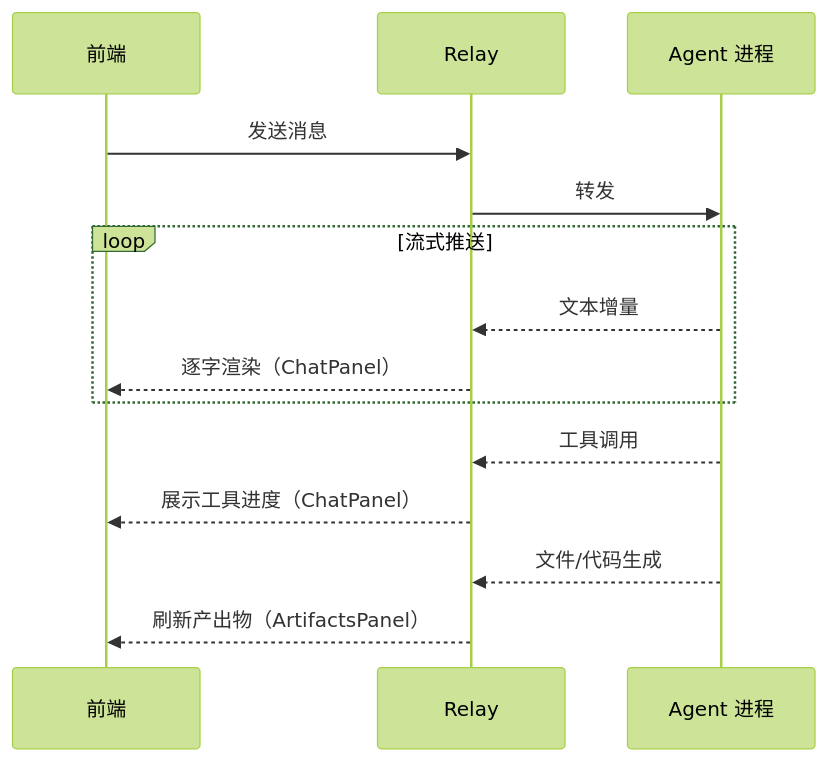
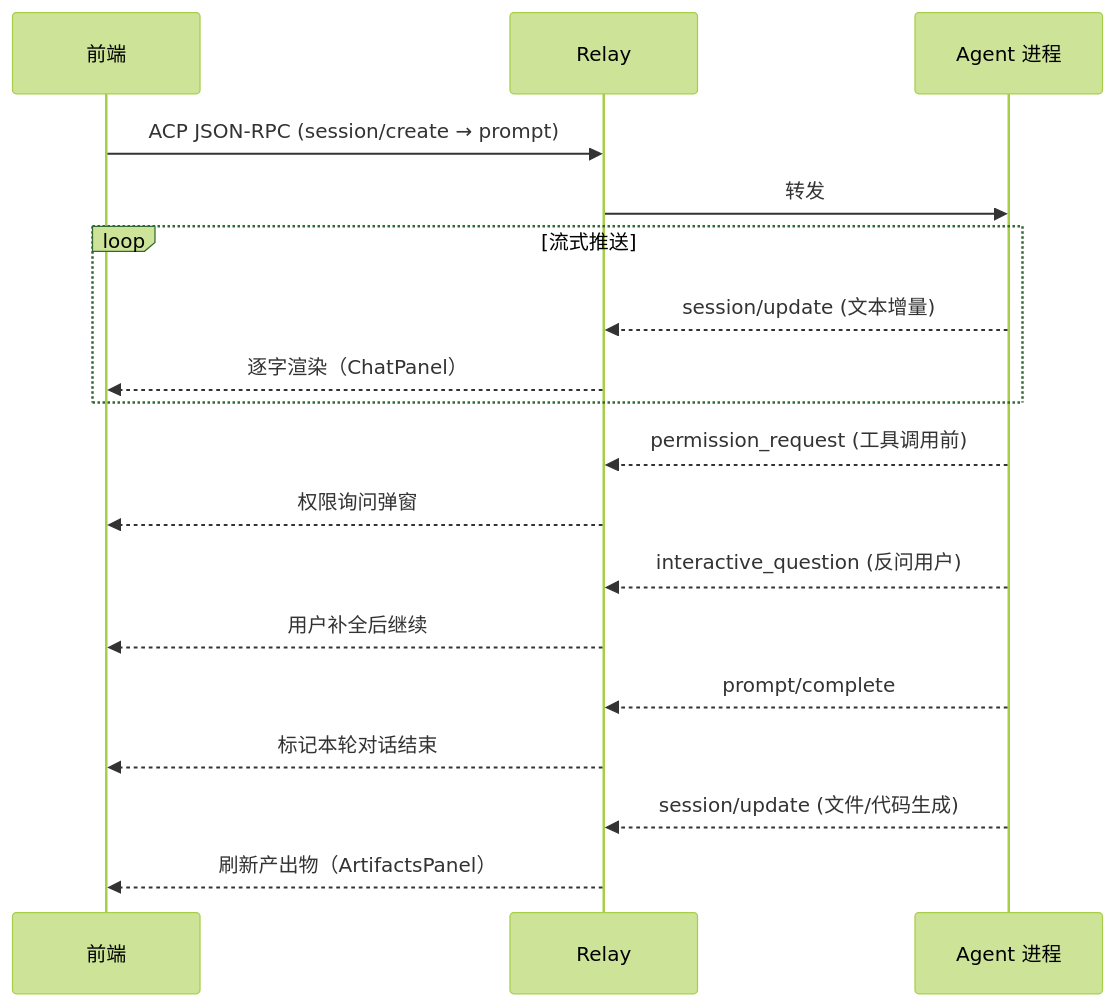
Before and after one commit to HuangPuStar/FenixAgent: the second of 4 diagrams in docs/arch/05-chat.md, drawn with Mermaid (forest theme). The commit also changed other lines of this file and 10 other files, not shown here.

````diff
--- a/docs/arch/05-chat.md
+++ b/docs/arch/05-chat.md
@@ -19,20 +52,26 @@
 ```mermaid
 sequenceDiagram
     participant FE as 前端
     participant R as Relay
     participant A as Agent 进程
 
-    FE->>R: 发送消息
+    FE->>R: ACP JSON-RPC (session/create → prompt)
     R->>A: 转发
 
     loop 流式推送
-        A-->>R: 文本增量
+        A-->>R: session/update (文本增量)
         R-->>FE: 逐字渲染（ChatPanel）
     end
 
-    A-->>R: 工具调用
-    R-->>FE: 展示工具进度（ChatPanel）
+    A-->>R: permission_request (工具调用前)
+    R-->>FE: 权限询问弹窗
 
-    A-->>R: 文件/代码生成
+    A-->>R: interactive_question (反问用户)
+    R-->>FE: 用户补全后继续
+
+    A-->>R: prompt/complete
+    R-->>FE: 标记本轮对话结束
+
+    A-->>R: session/update (文件/代码生成)
     R-->>FE: 刷新产出物（ArtifactsPanel）
 ```
````
